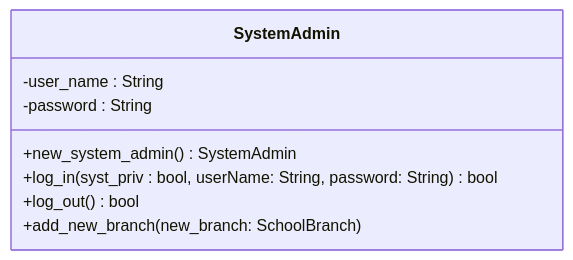
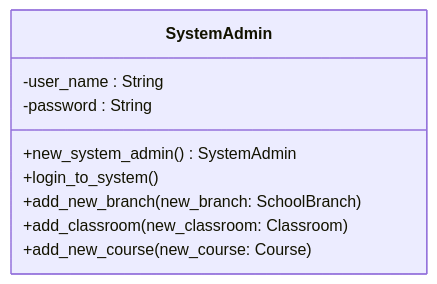
The seventh of 9 diagrams in Project/UML_Diag.md (ondergormez/BLM3722_Software_Engineering), drawn with Mermaid before and after one commit. The commit also changed other lines of this file and 2 other files, not shown here.

````diff
--- a/Project/UML_Diag.md
+++ b/Project/UML_Diag.md
@@ -140,11 +144,12 @@
 ```mermaid
 classDiagram
     class SystemAdmin{
       -user_name : String
       -password : String
       +new_system_admin() SystemAdmin
-      +log_in(syst_priv : bool, userName: String, password: String) bool
-      +log_out() bool
+      +login_to_system()
       +add_new_branch(new_branch: SchoolBranch)
+      +add_classroom(new_classroom: Classroom)
+      +add_new_course(new_course: Course)
     }
 ```
````
